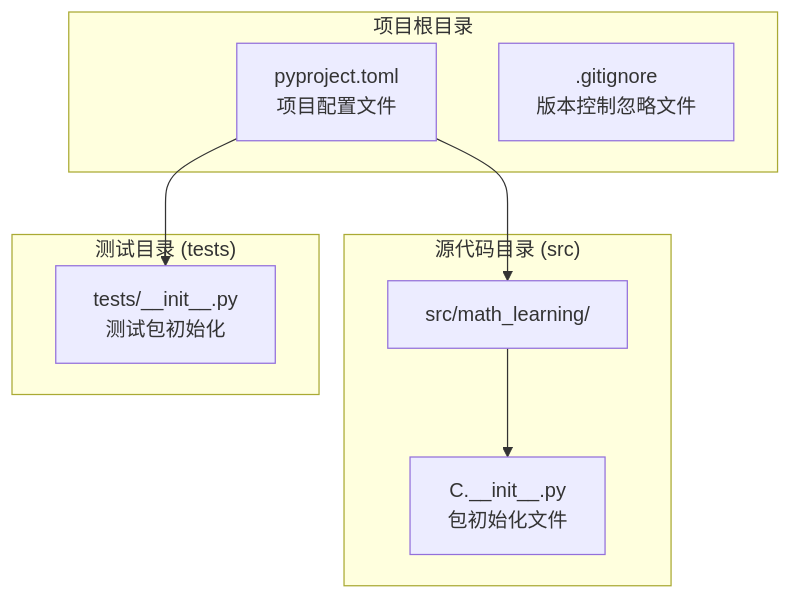
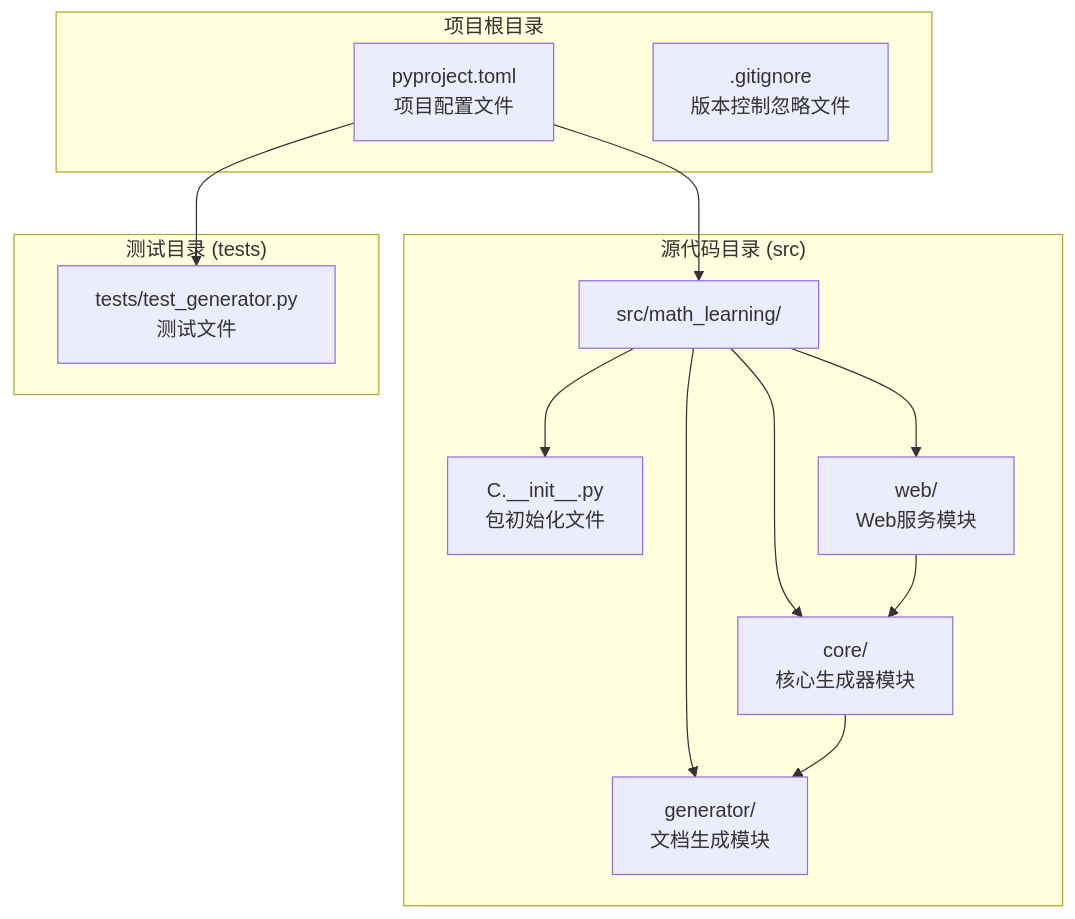
One commit to SimonWHL/math-learning changed the first of 12 diagrams in .qoder/repowiki/zh/content/API参考.md. Above: the diagram before and after it, drawn with Mermaid. The commit also changed other lines of this file and 18 other files, not shown here.

````diff
--- a/.qoder/repowiki/zh/content/API参考.md
+++ b/.qoder/repowiki/zh/content/API参考.md
@@ -29,17 +41,25 @@
 ```mermaid
 graph TB
 subgraph "项目根目录"
 A[pyproject.toml<br/>项目配置文件]
 B[.gitignore<br/>版本控制忽略文件]
 end
 subgraph "源代码目录 (src)"
 C[src/math_learning/]
 D[C.__init__.py<br/>包初始化文件]
+E[core/<br/>核心生成器模块]
+F[generator/<br/>文档生成模块]
+G[web/<br/>Web服务模块]
 end
 subgraph "测试目录 (tests)"
-E[tests/__init__.py<br/>测试包初始化]
+H[tests/test_generator.py<br/>测试文件]
 end
 A --> C
-A --> E
+A --> H
 C --> D
+C --> E
+C --> F
+C --> G
+E --> F
+G --> E
 ```
````
